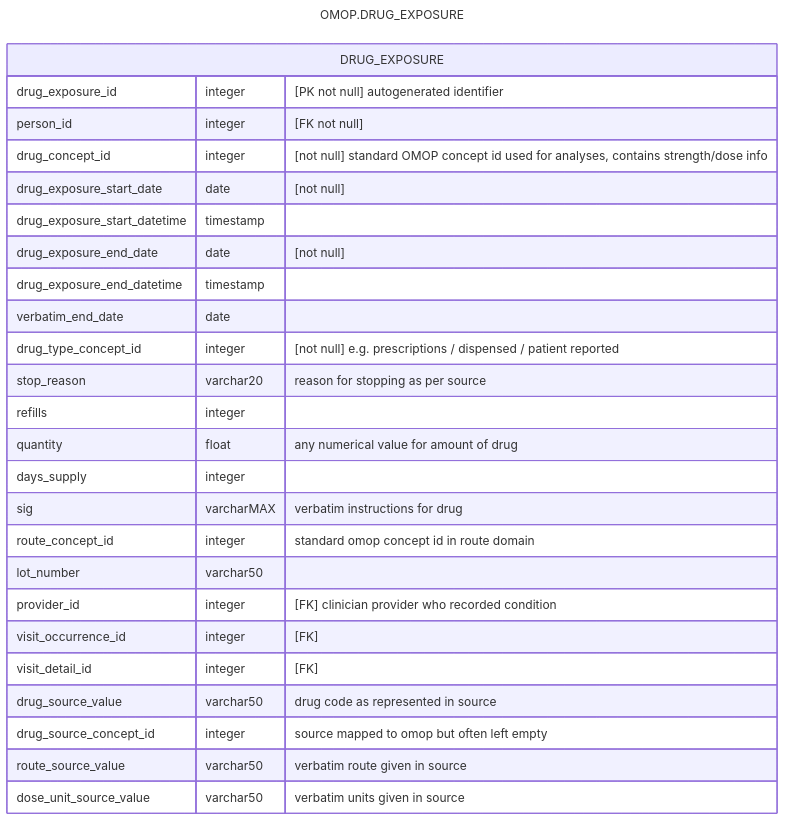
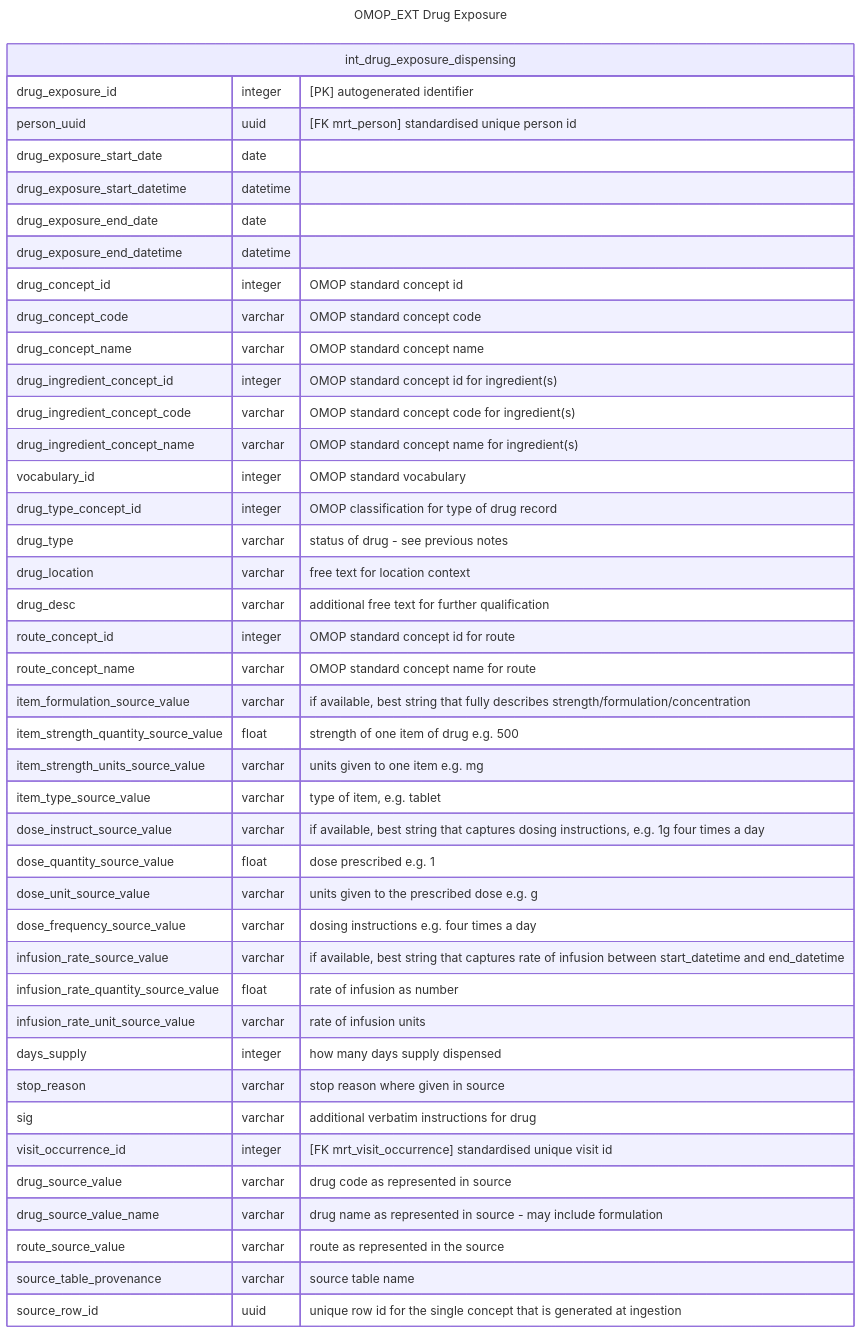
The third of 4 diagrams in src/pages/data_model/cdm_drug_exposure.qmd (d3london/sde_aic_external_docs), drawn with Mermaid before and after one commit. The commit also changed other lines of this file and 4 other files, not shown here.

````diff
--- a/src/pages/data_model/cdm_drug_exposure.qmd
+++ b/src/pages/data_model/cdm_drug_exposure.qmd
@@ -132,31 +128,47 @@
 ```{mermaid}
 ---
-title: OMOP.DRUG_EXPOSURE
+title: OMOP_EXT Drug Exposure
 ---
 erDiagram
-    DRUG_EXPOSURE {
-        drug_exposure_id integer "[PK not null] autogenerated identifier"
-        person_id integer "[FK not null]"
-        drug_concept_id integer "[not null] standard OMOP concept id used for analyses, contains strength/dose info"
-        drug_exposure_start_date date "[not null]"
-        drug_exposure_start_datetime timestamp
-        drug_exposure_end_date date "[not null]"
-        drug_exposure_end_datetime timestamp
-        verbatim_end_date date
-        drug_type_concept_id integer "[not null] e.g. prescriptions / dispensed / patient reported"
-        stop_reason varchar20 "reason for stopping as per source"
-        refills integer
-        quantity float "any numerical value for amount of drug"
-        days_supply integer
-        sig varcharMAX "verbatim instructions for drug"
-        route_concept_id integer "standard omop concept id in route domain"
-        lot_number varchar50
-        provider_id integer "[FK] clinician provider who recorded condition"
-        visit_occurrence_id integer "[FK]"
-        visit_detail_id integer "[FK]"
-        drug_source_value varchar50 "drug code as represented in source"
-        drug_source_concept_id integer "source mapped to omop but often left empty"
-        route_source_value varchar50 "verbatim route given in source"
-        dose_unit_source_value varchar50 "verbatim units given in source"
+    int_drug_exposure_dispensing {
+        drug_exposure_id integer "[PK] autogenerated identifier"
+        person_uuid uuid "[FK mrt_person] standardised unique person id"
+        drug_exposure_start_date date
+        drug_exposure_start_datetime datetime
+        drug_exposure_end_date date
+        drug_exposure_end_datetime datetime  
+        drug_concept_id integer "OMOP standard concept id"
+        drug_concept_code varchar "OMOP standard concept code"
+        drug_concept_name varchar "OMOP standard concept name"
+        drug_ingredient_concept_id integer "OMOP standard concept id for ingredient(s)"
+        drug_ingredient_concept_code varchar "OMOP standard concept code for ingredient(s)"
+        drug_ingredient_concept_name varchar "OMOP standard concept name for ingredient(s)"            
+        vocabulary_id integer "OMOP standard vocabulary"
+        drug_type_concept_id integer "OMOP classification for type of drug record"                   
+        drug_type varchar "status of drug - see previous notes"
+        drug_location varchar "free text for location context"
+        drug_desc varchar "additional free text for further qualification"
+        route_concept_id integer "OMOP standard concept id for route"
+        route_concept_name varchar "OMOP standard concept name for route"
+        item_formulation_source_value varchar "if available, best string that fully describes strength/formulation/concentration"
+        item_strength_quantity_source_value float "strength of one item of drug e.g. 500"
+        item_strength_units_source_value varchar "units given to one item e.g. mg"        
+        item_type_source_value varchar "type of item, e.g. tablet"
+        dose_instruct_source_value varchar "if available, best string that captures dosing instructions, e.g. 1g four times a day"
+        dose_quantity_source_value float "dose prescribed e.g. 1"
+        dose_unit_source_value varchar "units given to the prescribed dose e.g. g"
+        dose_frequency_source_value varchar "dosing instructions e.g. four times a day"
+        infusion_rate_source_value varchar "if available, best string that captures rate of infusion between start_datetime and end_datetime"
+        infusion_rate_quantity_source_value float "rate of infusion as number"
+        infusion_rate_unit_source_value varchar "rate of infusion units"
+        days_supply integer "how many days supply dispensed"
+        stop_reason varchar "stop reason where given in source"
+        sig varchar "additional verbatim instructions for drug"
+        visit_occurrence_id integer "[FK mrt_visit_occurrence] standardised unique visit id"
+        drug_source_value varchar "drug code as represented in source"
+        drug_source_value_name varchar "drug name as represented in source - may include formulation"     
+        route_source_value varchar "route as represented in the source"           
+        source_table_provenance varchar "source table name"
+        source_row_id uuid "unique row id for the single concept that is generated at ingestion"
     }
 ```
````
